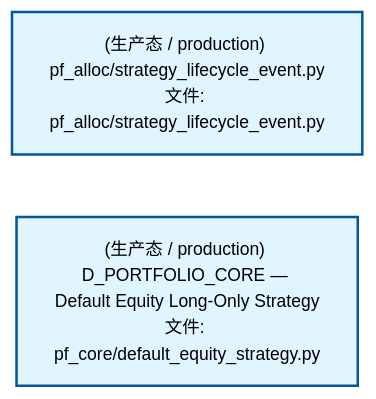
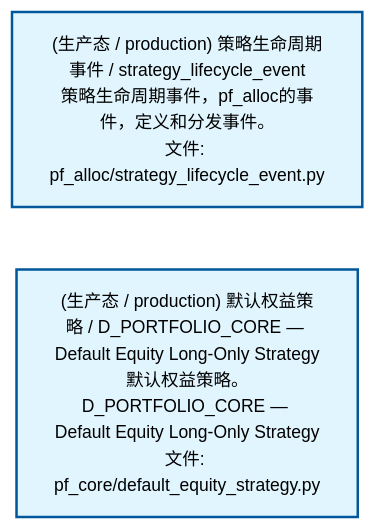
The second of 4 diagrams in docs/02_enterprise_architecture/02_domain_architecture_docs/62_d_pf_alloc.md (xuanFelixVan/ZephyrAlpha), drawn with Mermaid before and after one commit. The commit also changed other lines of this file and 60 other files, not shown here.

````diff
--- a/docs/02_enterprise_architecture/02_domain_architecture_docs/62_d_pf_alloc.md
+++ b/docs/02_enterprise_architecture/02_domain_architecture_docs/62_d_pf_alloc.md
@@ -88,12 +88,12 @@
 ```mermaid
 %%{init: {'theme': 'base', 'themeVariables': {'primaryColor': '#eaeaea', 'primaryTextColor': '#333333', 'primaryBorderColor': '#666666', 'lineColor': '#666666', 'secondaryColor': '#eaeaea', 'tertiaryColor': '#eaeaea', 'fontSize': '14px'}}}%%
 flowchart TD
-    src_zephyr_pf_alloc_strategy_lifecycle_event_py["(生产态 / production) pf_alloc/strategy_lifecycle_event.py<br/>文件: pf_alloc/strategy_lifecycle_event.py"]
-    src_zephyr_pf_core_default_equity_strategy_py["(生产态 / production) D_PORTFOLIO_CORE — Default Equity Long-Only Strategy<br/>文件: pf_core/default_equity_strategy.py"]
+    src_zephyr_pf_alloc_strategy_lifecycle_event_py["(生产态 / production) 策略生命周期事件 / strategy_lifecycle_event<br/>策略生命周期事件，pf_alloc的事件，定义和分发事件。<br/>文件: pf_alloc/strategy_lifecycle_event.py"]
+    src_zephyr_pf_core_default_equity_strategy_py["(生产态 / production) 默认权益策略 / D_PORTFOLIO_CORE — Default Equity Long-Only Strategy<br/>默认权益策略。D_PORTFOLIO_CORE — Default Equity Long-Only Strategy<br/>文件: pf_core/default_equity_strategy.py"]
     src_zephyr_pf_alloc_strategy_lifecycle_event_py ~~~ src_zephyr_pf_core_default_equity_strategy_py
     classDef production fill:#e1f5fe,stroke:#01579b,stroke-width:2px,color:#000
     classDef design fill:#fff3e0,stroke:#e65100,stroke-width:2px,color:#000,stroke-dasharray: 5 5
     classDef external_prod fill:#e8f4fd,stroke:#0277bd,stroke-width:1px,color:#000
     classDef external_design fill:#fff8e7,stroke:#ef6c00,stroke-width:1px,color:#000,stroke-dasharray: 5 5
     class src_zephyr_pf_alloc_strategy_lifecycle_event_py,src_zephyr_pf_core_default_equity_strategy_py production
 ```
````
